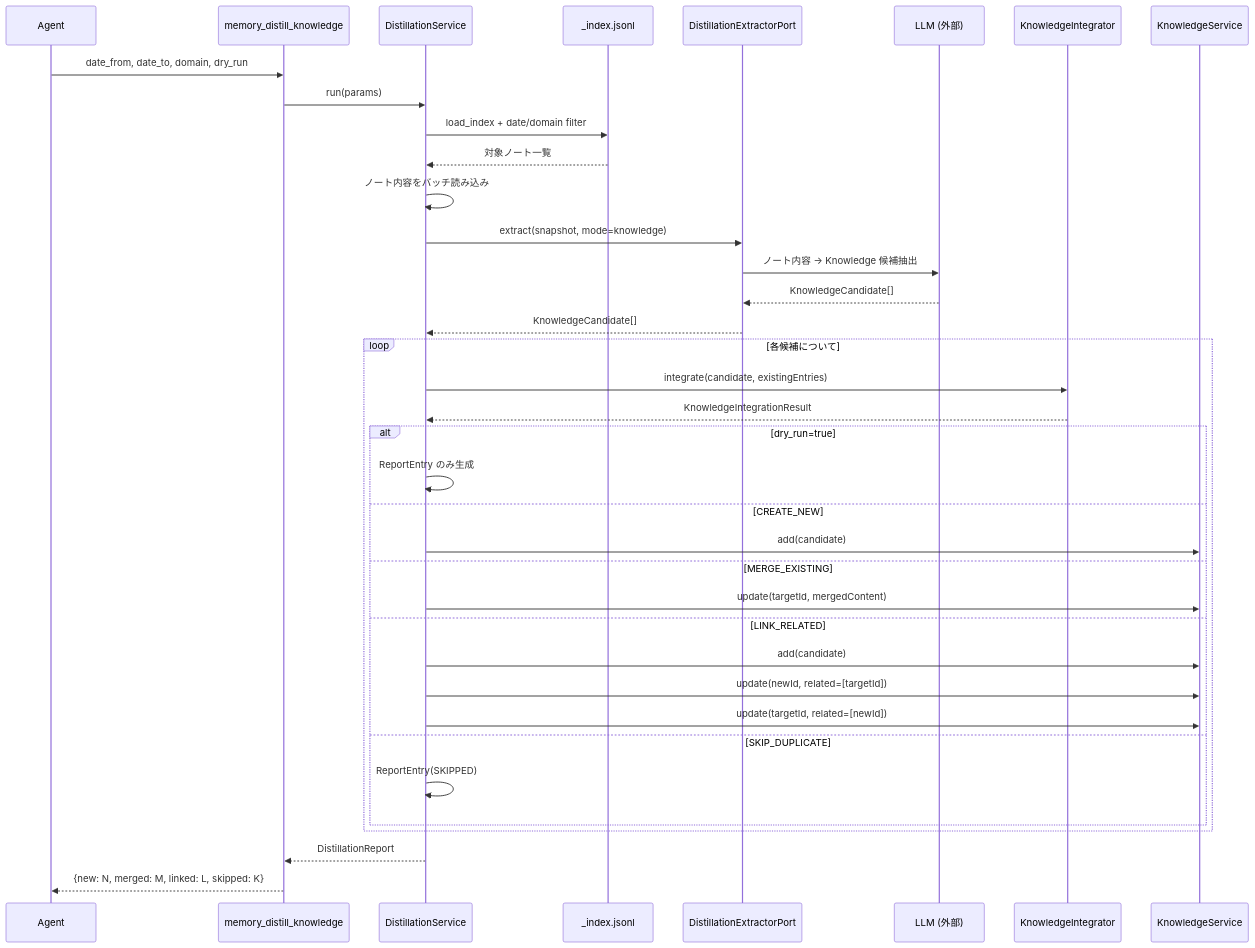
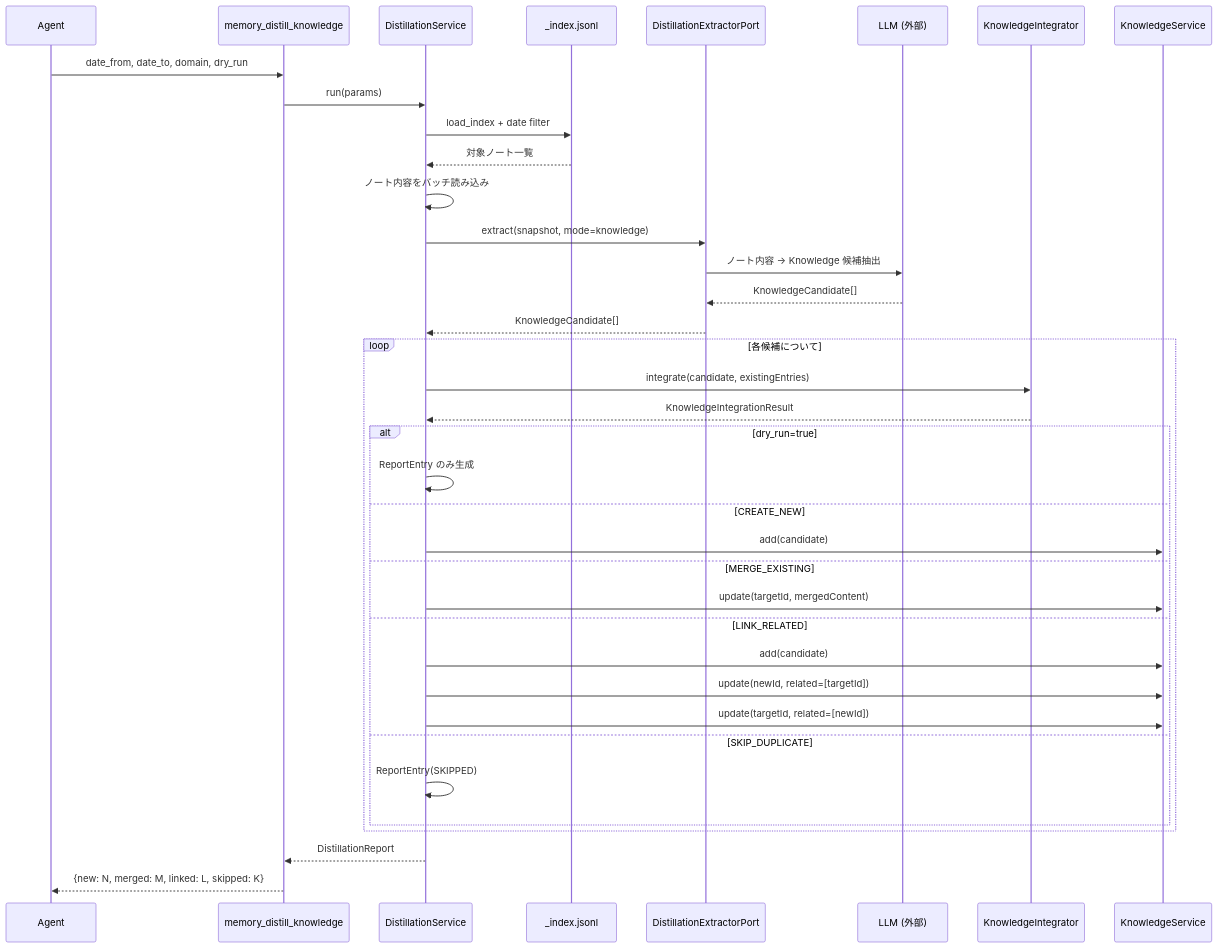
Before and after one commit to RK0429/agentic-memory: the fourth of 6 diagrams in docs/design/ARCHITECTURE-knowledge-values.md, drawn with Mermaid. The commit also changed other lines of this file and 2 other files, not shown here.

````diff
--- a/docs/design/ARCHITECTURE-knowledge-values.md
+++ b/docs/design/ARCHITECTURE-knowledge-values.md
@@ -232,42 +232,42 @@
 ```mermaid
 sequenceDiagram
     participant A as Agent
     participant DT as memory_distill_knowledge
     participant DS as DistillationService
     participant IX as _index.jsonl
     participant DX as DistillationExtractorPort
     participant LLM as LLM (外部)
     participant KI as KnowledgeIntegrator
     participant KS as KnowledgeService
 
     A->>DT: date_from, date_to, domain, dry_run
     DT->>DS: run(params)
-    DS->>IX: load_index + date/domain filter
+    DS->>IX: load_index + date filter
     IX-->>DS: 対象ノート一覧
     DS->>DS: ノート内容をバッチ読み込み
     DS->>DX: extract(snapshot, mode=knowledge)
     DX->>LLM: ノート内容 → Knowledge 候補抽出
     LLM-->>DX: KnowledgeCandidate[]
     DX-->>DS: KnowledgeCandidate[]
 
     loop 各候補について
         DS->>KI: integrate(candidate, existingEntries)
         KI-->>DS: KnowledgeIntegrationResult
         alt dry_run=true
             DS->>DS: ReportEntry のみ生成
         else CREATE_NEW
             DS->>KS: add(candidate)
         else MERGE_EXISTING
             DS->>KS: update(targetId, mergedContent)
         else LINK_RELATED
             DS->>KS: add(candidate)
             DS->>KS: update(newId, related=[targetId])
             DS->>KS: update(targetId, related=[newId])
         else SKIP_DUPLICATE
             DS->>DS: ReportEntry(SKIPPED)
         end
     end
 
     DS-->>DT: DistillationReport
     DT-->>A: {new: N, merged: M, linked: L, skipped: K}
 ```
````
